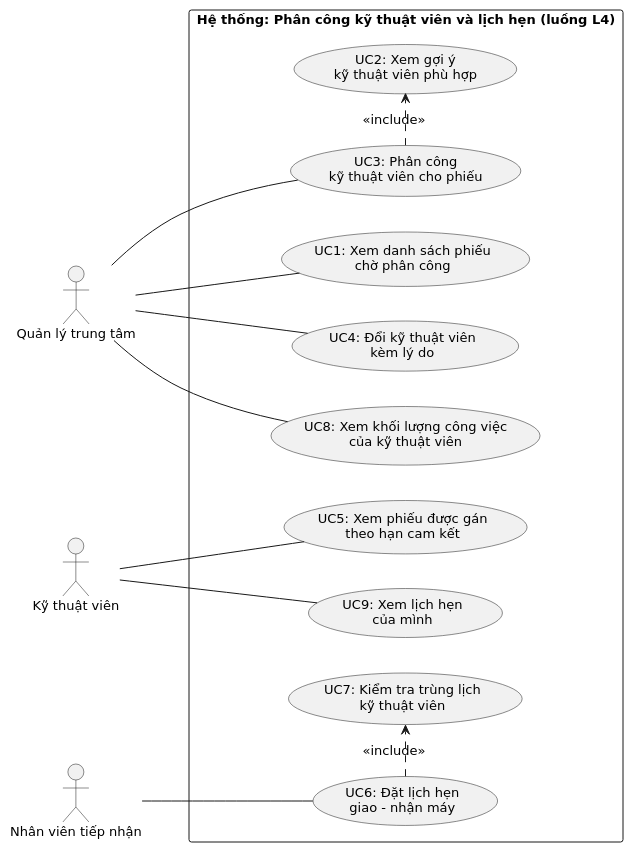
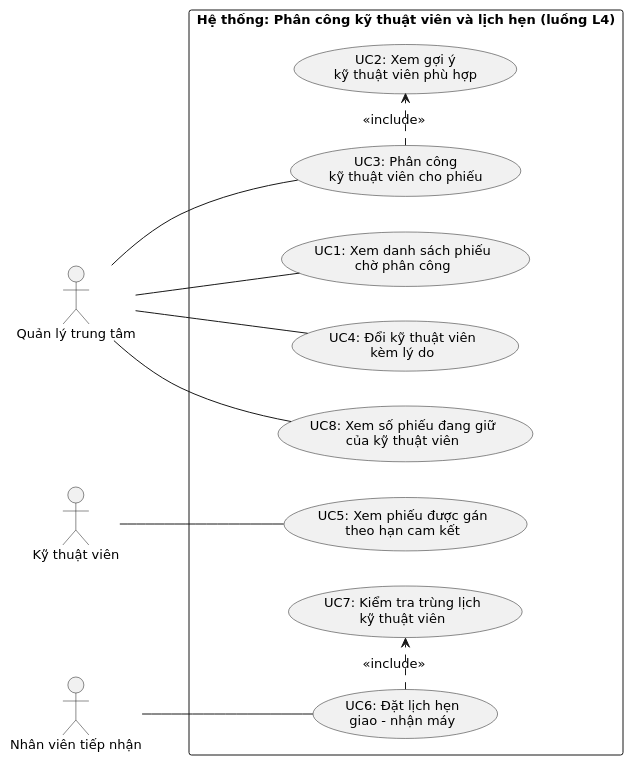
One commit to WangTWang/cdtn1-tranquocvuong-l4 changed the diagram in docs/usecase.puml. Above: the diagram before and after it, drawn with PlantUML. The commit also changed 14 other files, not shown here.

```diff
--- a/docs/usecase.puml
+++ b/docs/usecase.puml
@@ -1,33 +1,31 @@
 @startuml
 skinparam defaultFontName "DejaVu Sans"
 skinparam defaultFontSize 13
 left to right direction
 skinparam packageStyle rectangle
 
 actor "Quản lý trung tâm" as QLTT
 actor "Kỹ thuật viên" as KTV
 actor "Nhân viên tiếp nhận" as NVTN
 
 rectangle "Hệ thống: Phân công kỹ thuật viên và lịch hẹn (luồng L4)" {
   usecase "UC1: Xem danh sách phiếu\nchờ phân công" as UC1
   usecase "UC2: Xem gợi ý\nkỹ thuật viên phù hợp" as UC2
   usecase "UC3: Phân công\nkỹ thuật viên cho phiếu" as UC3
   usecase "UC4: Đổi kỹ thuật viên\nkèm lý do" as UC4
   usecase "UC5: Xem phiếu được gán\ntheo hạn cam kết" as UC5
   usecase "UC6: Đặt lịch hẹn\ngiao – nhận máy" as UC6
   usecase "UC7: Kiểm tra trùng lịch\nkỹ thuật viên" as UC7
-  usecase "UC8: Xem khối lượng công việc\ncủa kỹ thuật viên" as UC8
-  usecase "UC9: Xem lịch hẹn\ncủa mình" as UC9
+  usecase "UC8: Xem số phiếu đang giữ\ncủa kỹ thuật viên" as UC8
 
   UC3 .> UC2 : <<include>>
   UC6 .> UC7 : <<include>>
 }
 
 QLTT -- UC1
 QLTT -- UC3
 QLTT -- UC4
 QLTT -- UC8
 KTV -- UC5
-KTV -- UC9
 NVTN -- UC6
 @enduml
```
